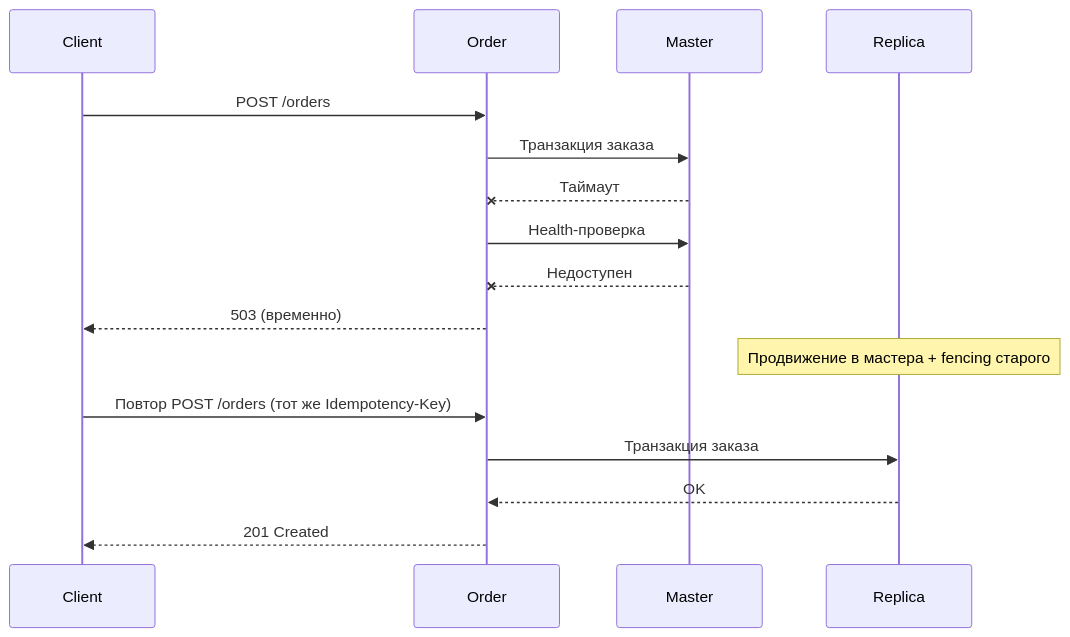
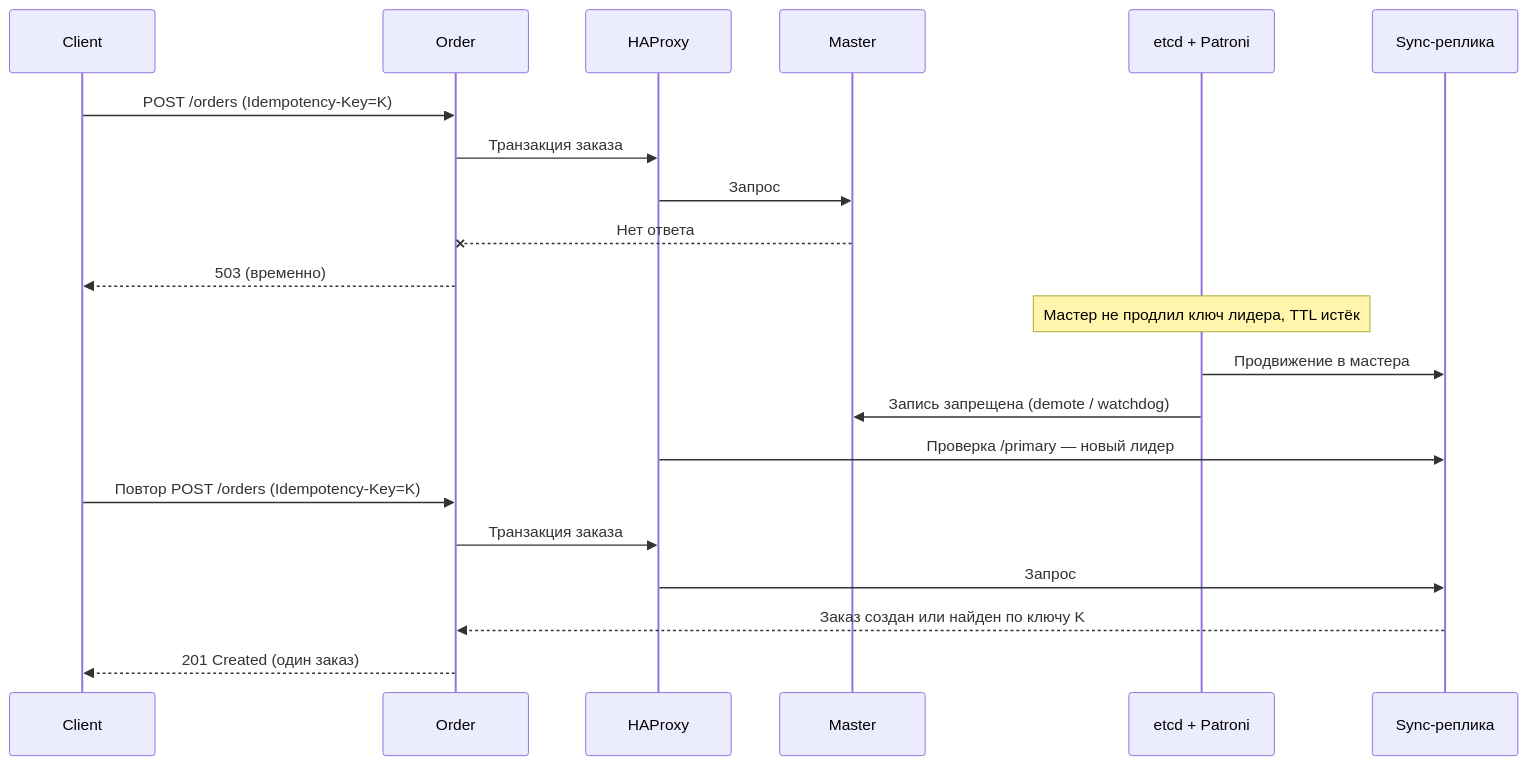
The tenth of 10 diagrams in docs/tr.md (spbu-ds-practicum-2026/good_question), drawn with Mermaid before and after one commit. The commit also changed other lines of this file, not shown here.

````diff
--- a/docs/tr.md
+++ b/docs/tr.md
@@ -387,19 +495,24 @@
 ```mermaid
 sequenceDiagram
   participant Client
   participant Order
+  participant HAProxy
   participant Master
-  participant Replica
+  participant Etcd as etcd + Patroni
+  participant Replica as Sync-реплика
 
-  Client->>Order: POST /orders
-  Order->>Master: Транзакция заказа
-  Master--xOrder: Таймаут
-  Order->>Master: Health-проверка
-  Master--xOrder: Недоступен
+  Client->>Order: POST /orders (Idempotency-Key=K)
+  Order->>HAProxy: Транзакция заказа
+  HAProxy->>Master: Запрос
+  Master--xOrder: Нет ответа
   Order-->>Client: 503 (временно)
-  Note over Replica: Продвижение в мастера + fencing старого
-  Client->>Order: Повтор POST /orders (тот же Idempotency-Key)
-  Order->>Replica: Транзакция заказа
-  Replica-->>Order: OK
-  Order-->>Client: 201 Created
+  Note over Etcd: Мастер не продлил ключ лидера, TTL истёк
+  Etcd->>Replica: Продвижение в мастера
+  Etcd->>Master: Запись запрещена (demote / watchdog)
+  HAProxy->>Replica: Проверка /primary — новый лидер
+  Client->>Order: Повтор POST /orders (Idempotency-Key=K)
+  Order->>HAProxy: Транзакция заказа
+  HAProxy->>Replica: Запрос
+  Replica-->>Order: Заказ создан или найден по ключу K
+  Order-->>Client: 201 Created (один заказ)
 ```
````
